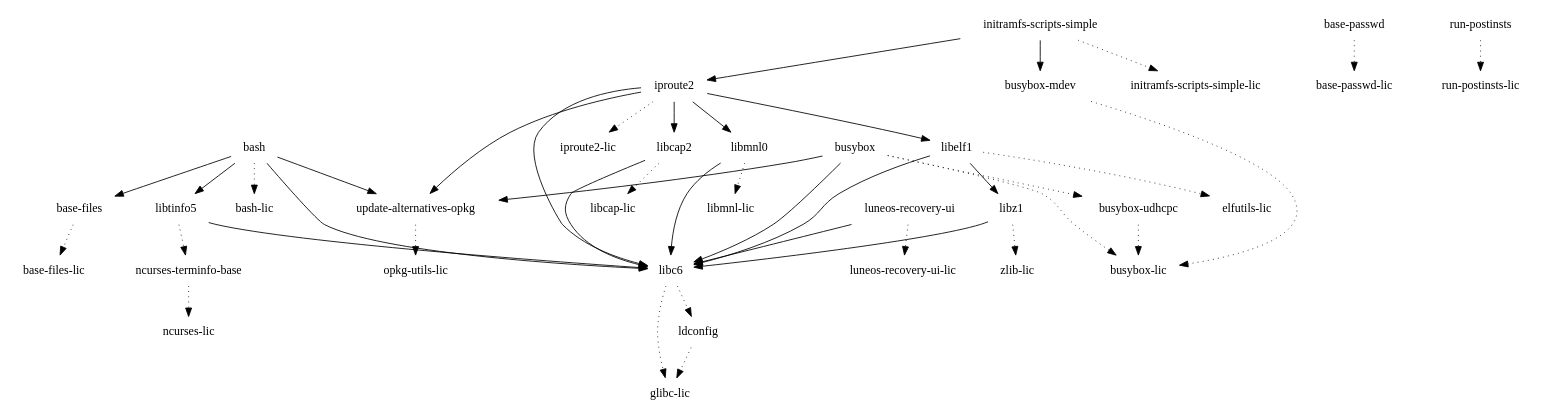
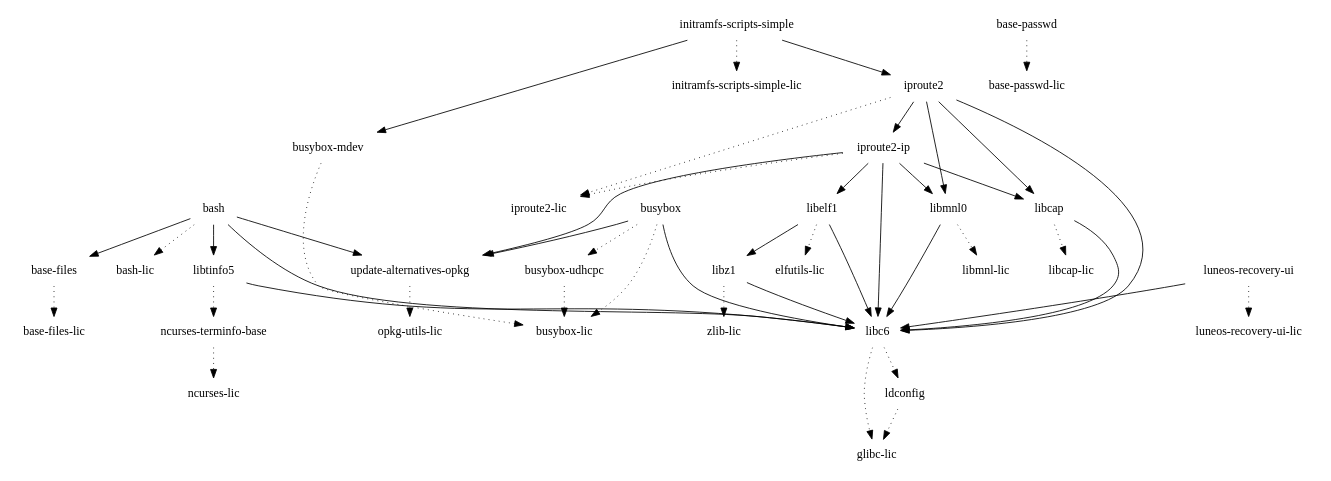
The diagram in images/pinephone/glibc/initramfs-uboot-image/depends-nokernel.dot (webOS-ports/buildhistory), drawn with Graphviz before and after one commit. The commit also changed 9582 other files, not shown here.

```diff
--- a/images/pinephone/glibc/initramfs-uboot-image/depends-nokernel.dot
+++ b/images/pinephone/glibc/initramfs-uboot-image/depends-nokernel.dot
@@ -1,44 +1,48 @@
 digraph depends {
     node [shape=plaintext]
 "base-files" -> "base-files-lic" [style=dotted]
 "base-passwd" -> "base-passwd-lic" [style=dotted]
 "bash" -> "base-files"
 "bash" -> "bash-lic" [style=dotted]
 "bash" -> "libc6"
 "bash" -> "libtinfo5"
 "bash" -> "update-alternatives-opkg"
 "busybox" -> "busybox-lic" [style=dotted]
 "busybox" -> "busybox-udhcpc" [style=dotted]
 "busybox" -> "libc6"
 "busybox-mdev" -> "busybox-lic" [style=dotted]
 "busybox-udhcpc" -> "busybox-lic" [style=dotted]
 "busybox" -> "update-alternatives-opkg"
 "initramfs-scripts-simple" -> "busybox-mdev"
 "initramfs-scripts-simple" -> "initramfs-scripts-simple-lic" [style=dotted]
 "initramfs-scripts-simple" -> "iproute2"
+"iproute2-ip" -> "iproute2-lic" [style=dotted]
+"iproute2-ip" -> "libc6"
+"iproute2-ip" -> "libcap"
+"iproute2-ip" -> "libelf1"
+"iproute2-ip" -> "libmnl0"
+"iproute2" -> "iproute2-ip"
 "iproute2" -> "iproute2-lic" [style=dotted]
+"iproute2-ip" -> "update-alternatives-opkg"
 "iproute2" -> "libc6"
-"iproute2" -> "libcap2"
-"iproute2" -> "libelf1"
+"iproute2" -> "libcap"
 "iproute2" -> "libmnl0"
-"iproute2" -> "update-alternatives-opkg"
 "ldconfig" -> "glibc-lic" [style=dotted]
 "libc6" -> "glibc-lic" [style=dotted]
 "libc6" -> "ldconfig" [style=dotted]
-"libcap2" -> "libc6"
-"libcap2" -> "libcap-lic" [style=dotted]
+"libcap" -> "libc6"
+"libcap" -> "libcap-lic" [style=dotted]
 "libelf1" -> "elfutils-lic" [style=dotted]
 "libelf1" -> "libc6"
 "libelf1" -> "libz1"
 "libmnl0" -> "libc6"
 "libmnl0" -> "libmnl-lic" [style=dotted]
 "libtinfo5" -> "libc6"
 "libtinfo5" -> "ncurses-terminfo-base" [style=dotted]
 "libz1" -> "libc6"
 "libz1" -> "zlib-lic" [style=dotted]
 "luneos-recovery-ui" -> "libc6"
 "luneos-recovery-ui" -> "luneos-recovery-ui-lic" [style=dotted]
 "ncurses-terminfo-base" -> "ncurses-lic" [style=dotted]
-"run-postinsts" -> "run-postinsts-lic" [style=dotted]
 "update-alternatives-opkg" -> "opkg-utils-lic" [style=dotted]
 }
```
